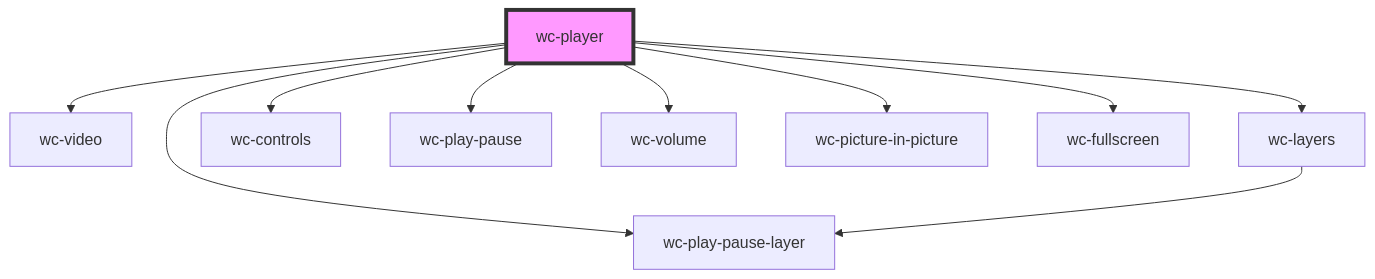
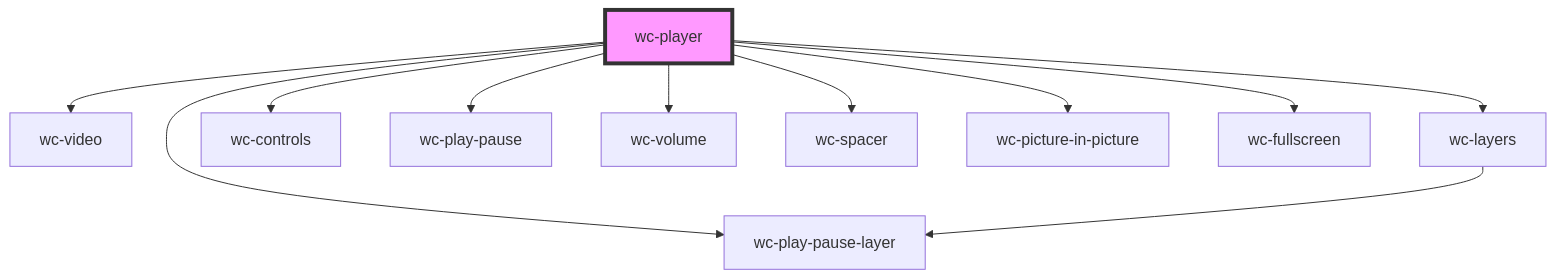
Before and after one commit to iChengbo/wcplayer: the diagram in packages/wcplayer-components/src/components/wc-player/readme.md, drawn with Mermaid. The commit also changed other lines of this file and 8 other files, not shown here.

````diff
--- a/packages/wcplayer-components/src/components/wc-player/readme.md
+++ b/packages/wcplayer-components/src/components/wc-player/readme.md
@@ -45,13 +46,14 @@
 ```mermaid
 graph TD;
   wc-player --> wc-video
   wc-player --> wc-layers
   wc-player --> wc-play-pause-layer
   wc-player --> wc-controls
   wc-player --> wc-play-pause
   wc-player --> wc-volume
+  wc-player --> wc-spacer
   wc-player --> wc-picture-in-picture
   wc-player --> wc-fullscreen
   wc-layers --> wc-play-pause-layer
   style wc-player fill:#f9f,stroke:#333,stroke-width:4px
 ```
````
